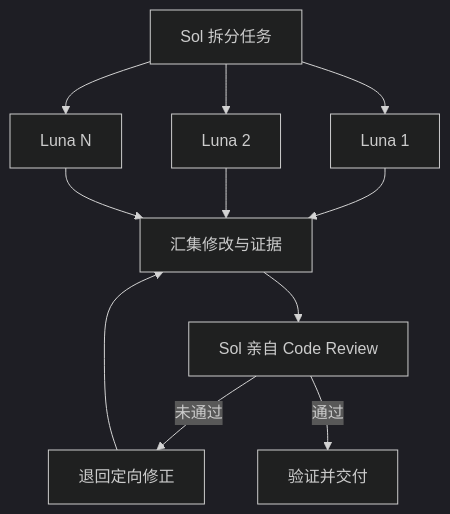
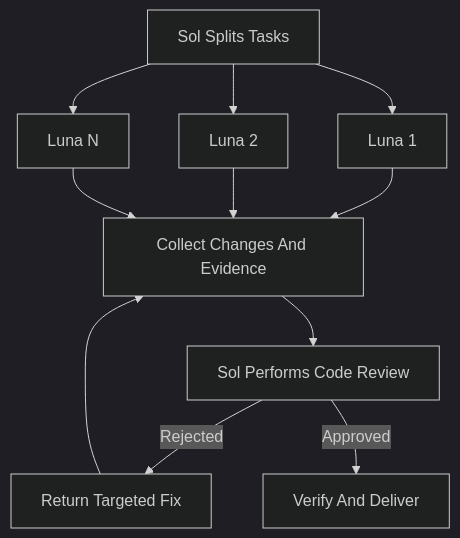
Before and after one commit to hanjeahwan/common-skills: the diagram in .agents/skills/codex-luna-swarm/SKILL.md, drawn with Mermaid (dark theme). The commit also changed 2 other files, not shown here.

Commit message:
♻️ (docs-system) simplify lifecycle validation to English status lines

````diff
--- a/.agents/skills/codex-luna-swarm/SKILL.md
+++ b/.agents/skills/codex-luna-swarm/SKILL.md
@@ -10,13 +10,13 @@
 ```mermaid
 flowchart TD
-    S[Sol 拆分任务] --> L1[Luna 1]
+    S[Sol Splits Tasks] --> L1[Luna 1]
     S --> L2[Luna 2]
     S --> LN[Luna N]
-    L1 --> G[汇集修改与证据]
+    L1 --> G[Collect Changes And Evidence]
     L2 --> G
     LN --> G
-    G --> R[Sol 亲自 Code Review]
-    R -->|未通过| F[退回定向修正]
+    G --> R[Sol Performs Code Review]
+    R -->|Rejected| F[Return Targeted Fix]
     F --> G
-    R -->|通过| V[验证并交付]
+    R -->|Approved| V[Verify And Deliver]
 ```
````
